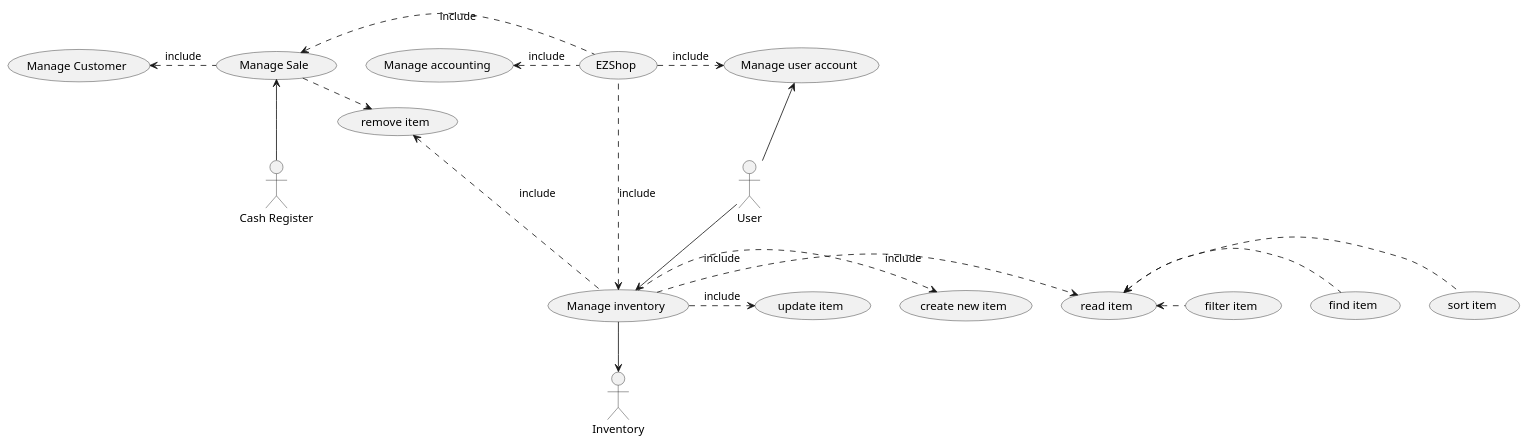
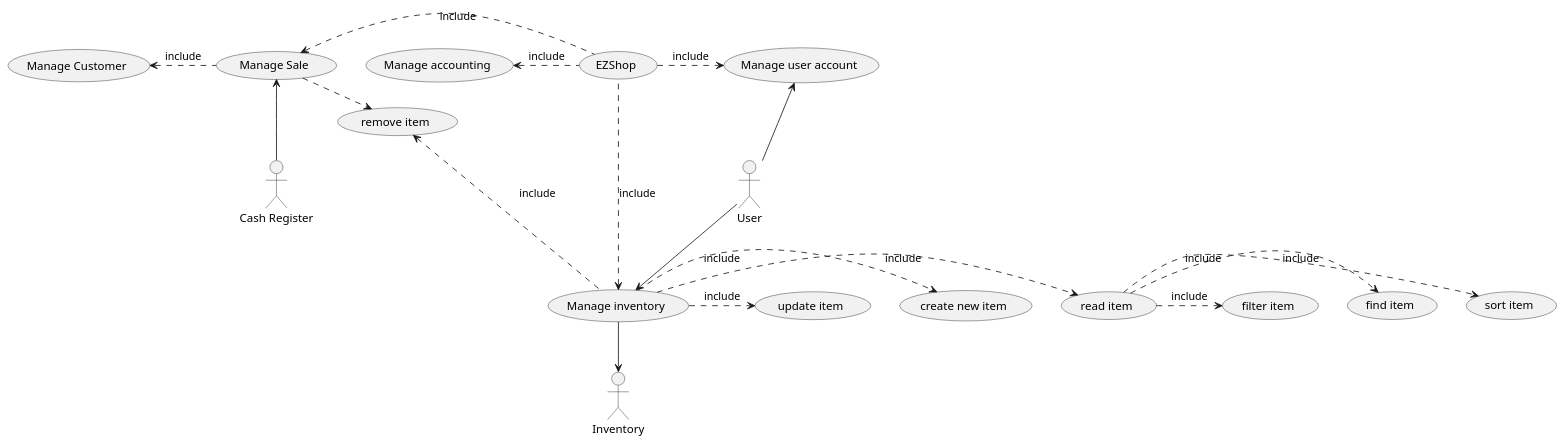
The second of 4 diagrams in Deliverables/RequirementsDocument.md (mspronesti/ezshop), drawn with PlantUML before and after one commit.

Commit message:
fix: add missing includes in UCD

````diff
--- a/Deliverables/RequirementsDocument.md
+++ b/Deliverables/RequirementsDocument.md
@@ -176,34 +176,34 @@
 ```plantuml
 @startuml
 top to bottom direction
 
 actor :Cash Register: as cr
 actor :User: as u
 actor :Inventory: as i
 
 
 
 (EZShop) .> (Manage user account) :include
 (Manage user account) <-- u
 (Manage inventory) <. (EZShop) :include
 u --> (Manage inventory)
 (Manage accounting) <. (EZShop) :include
 (Manage Sale) <. (EZShop) :include
 (Manage Customer) <. (Manage Sale) :include
 (Manage Sale) <-- cr
 
 (Manage inventory) --> i
 (Manage inventory) .> (create new item) :include 
 (Manage inventory) .> (update item) :include 
 (Manage inventory) .> (read item) :include 
 
-(read item) <. (find item) 
-(read item) <. (filter item) 
-(read item) <. (sort item) 
+(read item) .> (find item)  :include
+(read item) .> (filter item) :include 
+(read item) .> (sort item)  :include
 
 (remove item) <. (Manage inventory):include
 
 (Manage Sale) .> (remove item) :include
 
 @enduml
 ```
````
